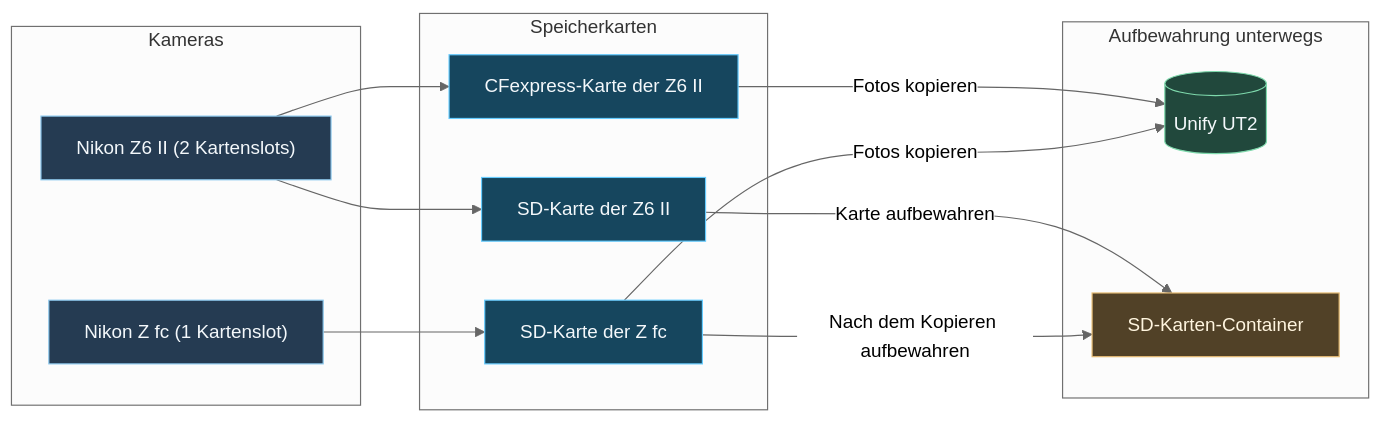
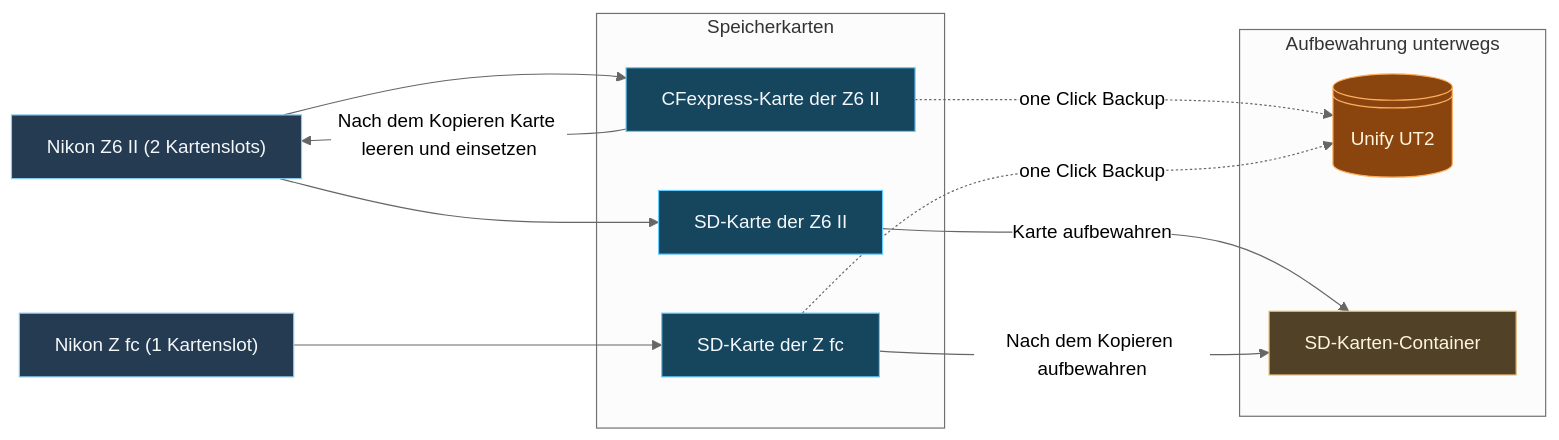
Before and after one commit to Zarakuro/MyBlog: the diagram in posts/foto-sicherungssystem-fuer-unterwegs.md, drawn with Mermaid (neutral theme). The commit also changed other lines of this file and 1 other file, not shown here.

````diff
--- a/posts/foto-sicherungssystem-fuer-unterwegs.md
+++ b/posts/foto-sicherungssystem-fuer-unterwegs.md
@@ -18,38 +25,37 @@
 ```mermaid
 flowchart LR
     accTitle: Fotosicherung unterwegs
     accDescr: Die Nikon Z6 II nutzt CFexpress und SD, die Nikon Z fc eine SD-Karte. Kopien gelangen auf den Unify UT2, die SD-Karten in einen getrennt aufbewahrten Kartencontainer.
 
-    subgraph KAMERAS[Kameras]
-        Z6["Nikon Z6 II (2 Kartenslots)"]
-        ZFC["Nikon Z fc (1 Kartenslot)"]
-    end
+    Z6["Nikon Z6 II (2 Kartenslots)"]
+    ZFC["Nikon Z fc (1 Kartenslot)"]
 
     subgraph KARTEN[Speicherkarten]
         CF["CFexpress-Karte der Z6 II"]
         SD6["SD-Karte der Z6 II"]
         SDFC["SD-Karte der Z fc"]
     end
 
     subgraph KOPIEN[Aufbewahrung unterwegs]
-        UT2[(Unify UT2)]
+        UT2@{ shape: lin-cyl, label: "Unify UT2" }
         CONTAINER["SD-Karten-Container"]
     end
 
     Z6 --> CF
+    CF -->|Nach dem Kopieren Karte leeren und einsetzen| Z6
     Z6 --> SD6
     ZFC --> SDFC
-    CF -->|Fotos kopieren| UT2
-    SDFC -->|Fotos kopieren| UT2
+    CF -.->|one Click Backup| UT2
+    SDFC -.->|one Click Backup| UT2
     SD6 -->|Karte aufbewahren| CONTAINER
     SDFC -->|Nach dem Kopieren aufbewahren| CONTAINER
 
     classDef kamera fill:#253b52,stroke:#8dc9ee,color:#f4f8fb
     classDef karte fill:#16465e,stroke:#66ccff,color:#f4f8fb
-    classDef sicherung fill:#21483c,stroke:#7ed9ac,color:#f4f8fb
+    classDef sicherung fill:#8a450f,stroke:#ffad5c,color:#fff5df
     classDef aufbewahrung fill:#514127,stroke:#e7bc73,color:#fff5df
     class Z6,ZFC kamera
     class CF,SD6,SDFC karte
     class UT2 sicherung
     class CONTAINER aufbewahrung
 ```
````
